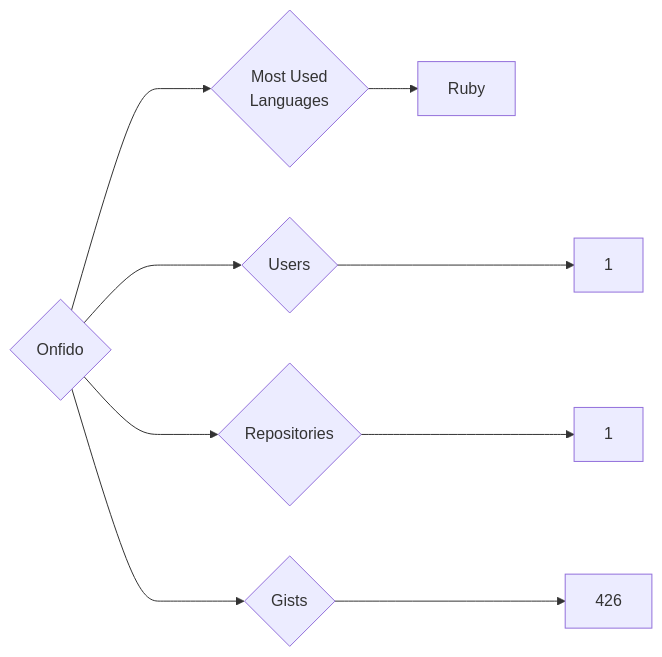
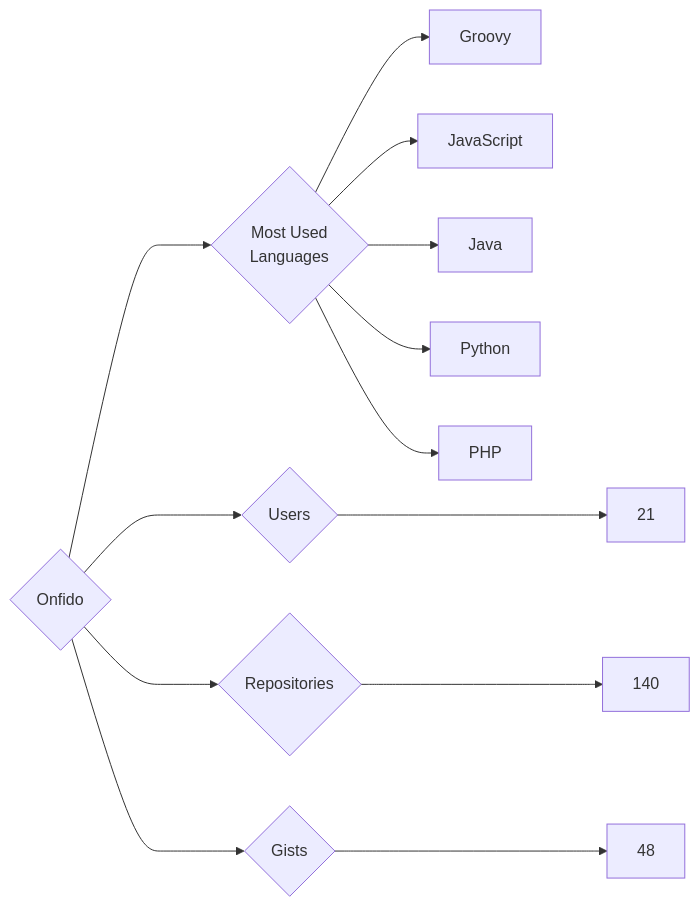
Before and after one commit to trickest/insiders: the diagram in targets/Onfido/README.md, drawn with Mermaid. The commit also changed 814 other files, not shown here.

````diff
--- a/targets/Onfido/README.md
+++ b/targets/Onfido/README.md
@@ -3,9 +3,13 @@
 ```mermaid
 graph LR
 COMPANY_NAME{Onfido}
-COMPANY_NAME ---> U{Users} ---> UN[1]
-COMPANY_NAME ---> R{Repositories} ---> RN[1]
-COMPANY_NAME ---> G{Gists} ---> GN[426]
+COMPANY_NAME ---> U{Users} ---> UN[21]
+COMPANY_NAME ---> R{Repositories} ---> RN[140]
+COMPANY_NAME ---> G{Gists} ---> GN[48]
 COMPANY_NAME ---> ML{Most Used<br>Languages}
-ML --> Ruby[Ruby]
+ML --> Groovy[Groovy]
+ML --> JavaScript[JavaScript]
+ML --> Java[Java]
+ML --> Python[Python]
+ML --> PHP[PHP]
 ```
````
